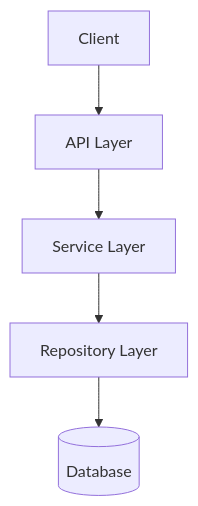
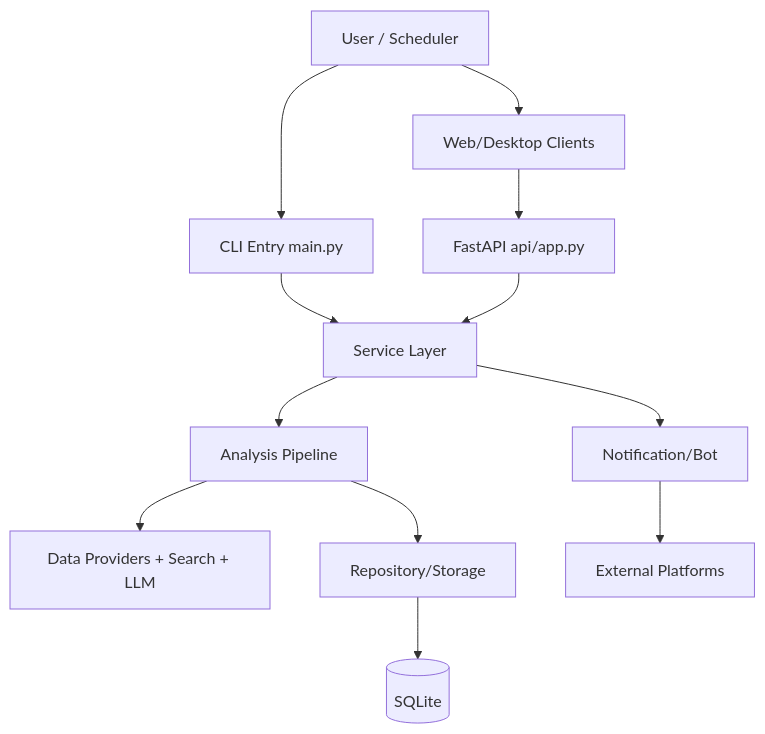
One commit to niyaou/daily-notification changed the diagram in docs/architecture/module-diagram.md. Above: the diagram before and after it, drawn with Mermaid. The commit also changed other lines of this file and 254 other files, not shown here.

````diff
--- a/docs/architecture/module-diagram.md
+++ b/docs/architecture/module-diagram.md
@@ -3,13 +3,26 @@
 ```mermaid
 graph TD
-    Client[Client]
-    API[API Layer]
+    User[User / Scheduler]
+    CLI[CLI Entry main.py]
+    API[FastAPI api/app.py]
+    Web[Web/Desktop Clients]
     Service[Service Layer]
-    Repo[Repository Layer]
-    DB[(Database)]
+    Pipeline[Analysis Pipeline]
+    Provider[Data Providers + Search + LLM]
+    Repo[Repository/Storage]
+    DB[(SQLite)]
+    Notify[Notification/Bot]
+    Ext[External Platforms]
 
-    Client --> API
+    User --> CLI
+    User --> Web
+    Web --> API
+    CLI --> Service
     API --> Service
-    Service --> Repo
+    Service --> Pipeline
+    Pipeline --> Provider
+    Pipeline --> Repo
     Repo --> DB
+    Service --> Notify
+    Notify --> Ext
 ```
````
